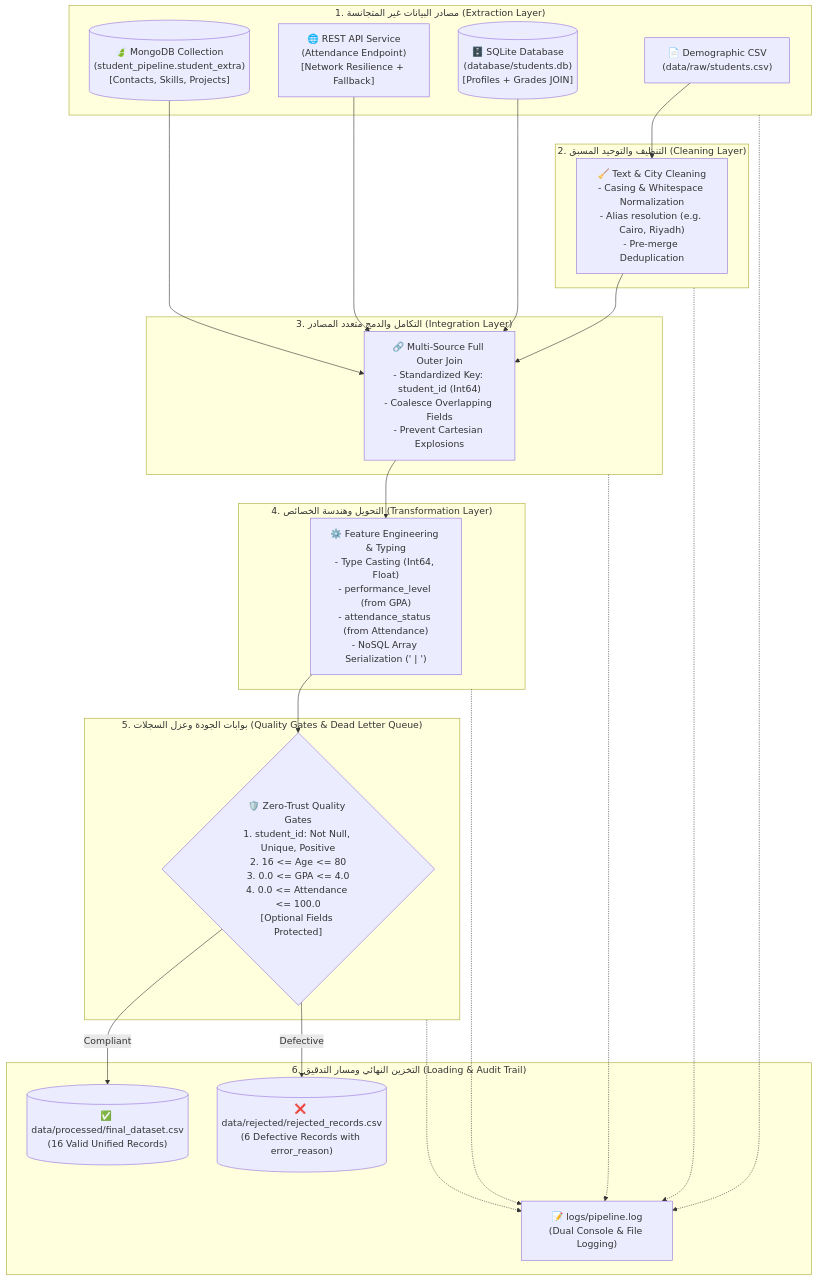
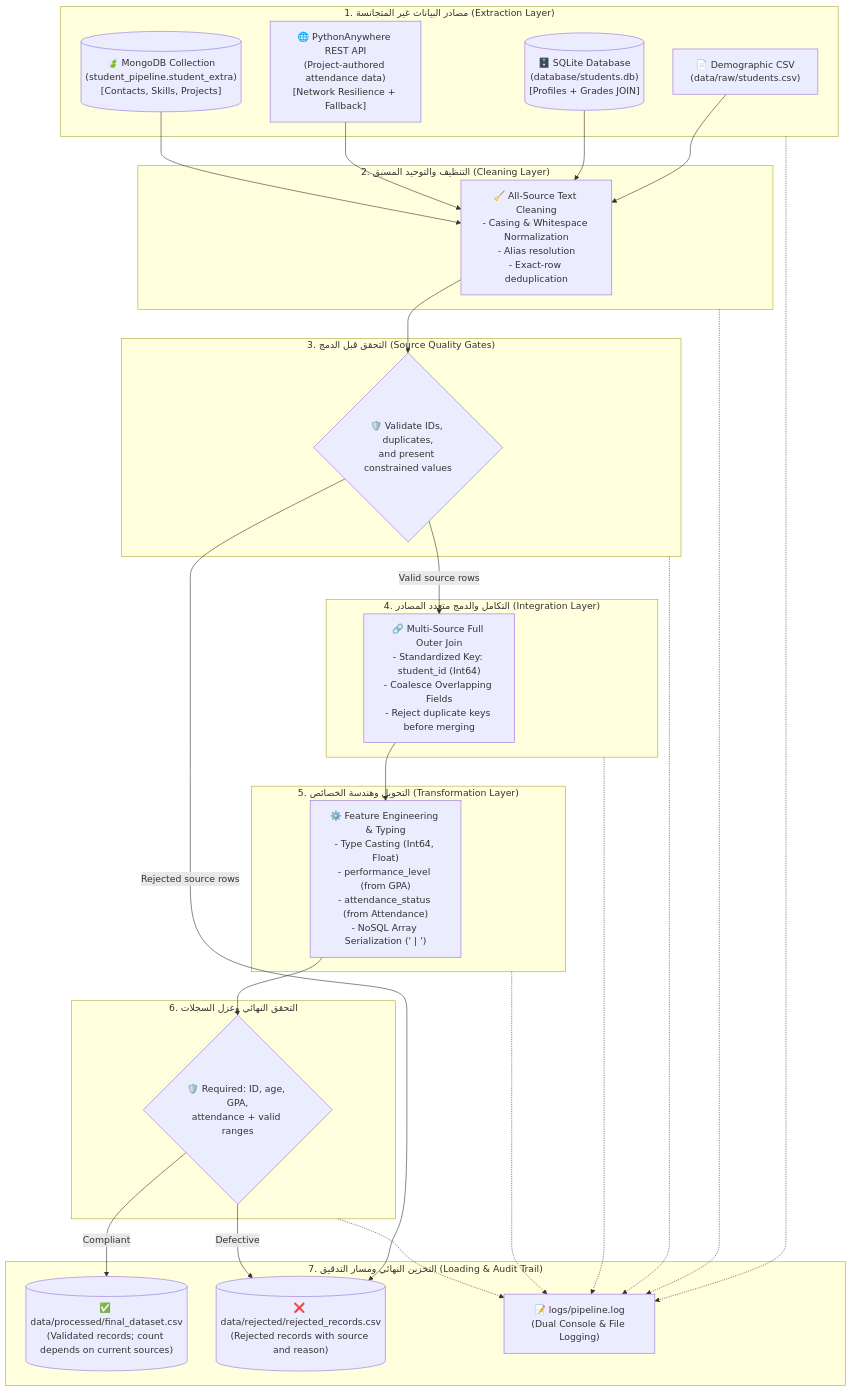
The diagram in README.md (EmranYaseen-ALSabry/student_data_pipeline), drawn with Mermaid before and after one commit. The commit also changed other lines of this file and 9 other files, not shown here.

Commit message:
fix:Fix and complete student data pipeline features

````diff
--- a/README.md
+++ b/README.md
@@ -27,50 +29,56 @@
 ```mermaid
 flowchart TD
     subgraph S1["1. مصادر البيانات غير المتجانسة (Extraction Layer)"]
         CSV["📄 Demographic CSV\n(data/raw/students.csv)"]
         SQL[("🗄️ SQLite Database\n(database/students.db)\n[Profiles + Grades JOIN]")]
-        API["🌐 REST API Service\n(Attendance Endpoint)\n[Network Resilience + Fallback]"]
+        API["🌐 PythonAnywhere REST API\n(Project-authored attendance data)\n[Network Resilience + Fallback]"]
         MONGO[("🍃 MongoDB Collection\n(student_pipeline.student_extra)\n[Contacts, Skills, Projects]")]
     end
 
     subgraph S2["2. التنظيف والتوحيد المسبق (Cleaning Layer)"]
-        Clean["🧹 Text & City Cleaning\n- Casing & Whitespace Normalization\n- Alias resolution (e.g. Cairo, Riyadh)\n- Pre-merge Deduplication"]
+        Clean["🧹 All-Source Text Cleaning\n- Casing & Whitespace Normalization\n- Alias resolution\n- Exact-row deduplication"]
     end
 
-    subgraph S3["3. التكامل والدمج متعدد المصادر (Integration Layer)"]
-        Integrate["🔗 Multi-Source Full Outer Join\n- Standardized Key: student_id (Int64)\n- Coalesce Overlapping Fields\n- Prevent Cartesian Explosions"]
+    subgraph S3["3. التحقق قبل الدمج (Source Quality Gates)"]
+        SourceValidate{"🛡️ Validate IDs, duplicates,\nand present constrained values"}
     end
 
-    subgraph S4["4. التحويل وهندسة الخصائص (Transformation Layer)"]
+    subgraph S4["4. التكامل والدمج متعدد المصادر (Integration Layer)"]
+        Integrate["🔗 Multi-Source Full Outer Join\n- Standardized Key: student_id (Int64)\n- Coalesce Overlapping Fields\n- Reject duplicate keys before merging"]
+    end
+
+    subgraph S5["5. التحويل وهندسة الخصائص (Transformation Layer)"]
         Transform["⚙️ Feature Engineering & Typing\n- Type Casting (Int64, Float)\n- performance_level (from GPA)\n- attendance_status (from Attendance)\n- NoSQL Array Serialization (' | ')"]
     end
 
-    subgraph S5["5. بوابات الجودة وعزل السجلات (Quality Gates & Dead Letter Queue)"]
-        Validate{"🛡️ Zero-Trust Quality Gates\n1. student_id: Not Null, Unique, Positive\n2. 16 <= Age <= 80\n3. 0.0 <= GPA <= 4.0\n4. 0.0 <= Attendance <= 100.0\n[Optional Fields Protected]"}
+    subgraph S6["6. التحقق النهائي وعزل السجلات"]
+        Validate{"🛡️ Required: ID, age, GPA,\nattendance + valid ranges"}
     end
 
-    subgraph S6["6. التخزين النهائي ومسار التدقيق (Loading & Audit Trail)"]
-        ValidOut[("✅ data/processed/final_dataset.csv\n(16 Valid Unified Records)")]
-        RejectOut[("❌ data/rejected/rejected_records.csv\n(6 Defective Records with error_reason)")]
+    subgraph S7["7. التخزين النهائي ومسار التدقيق (Loading & Audit Trail)"]
+        ValidOut[("✅ data/processed/final_dataset.csv\n(Validated records; count depends on current sources)")]
+        RejectOut[("❌ data/rejected/rejected_records.csv\n(Rejected records with source and reason)")]
         LogFile["📝 logs/pipeline.log\n(Dual Console & File Logging)"]
     end
 
     CSV --> Clean
-    Clean --> Integrate
-    SQL --> Integrate
-    API --> Integrate
-    MONGO --> Integrate
+    SQL --> Clean
+    API --> Clean
+    MONGO --> Clean
 
+    Clean --> SourceValidate
+    SourceValidate -->|Valid source rows| Integrate
+    SourceValidate -->|Rejected source rows| RejectOut
     Integrate --> Transform
     Transform --> Validate
 
     Validate -->|Compliant| ValidOut
     Validate -->|Defective| RejectOut
 
     S1 -.-> LogFile
     S2 -.-> LogFile
     S3 -.-> LogFile
     S4 -.-> LogFile
     S5 -.-> LogFile
     S6 -.-> LogFile
 ```
````
